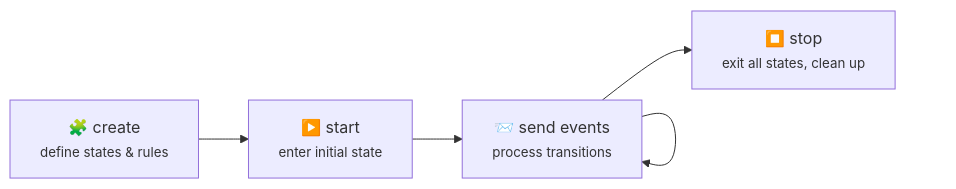
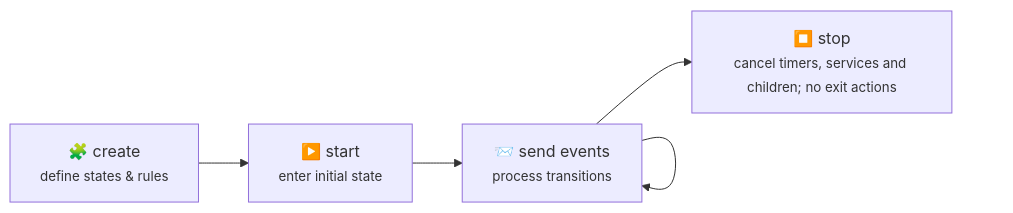
One commit to basiltt/xstate-statemachine changed the third of 3 diagrams in docs/_guide/core-concepts.md. Above: the diagram before and after it, drawn with Mermaid. The commit also changed other lines of this file and 8 other files, not shown here.

````diff
--- a/docs/_guide/core-concepts.md
+++ b/docs/_guide/core-concepts.md
@@ -568,7 +568,7 @@
 ```mermaid
 flowchart LR
     A["🧩 create<br/><small>define states & rules</small>"] --> B["▶️ start<br/><small>enter initial state</small>"]
     B --> C["📨 send events<br/><small>process transitions</small>"]
     C --> C
-    C --> D["⏹️ stop<br/><small>exit all states, clean up</small>"]
+    C --> D["⏹️ stop<br/><small>cancel timers, services and children; no exit actions</small>"]
 ```
````
